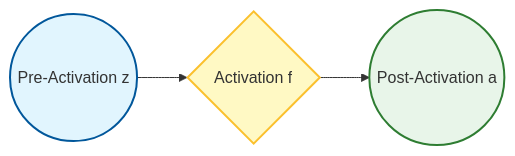
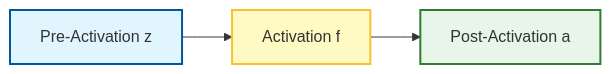
Before and after one commit to holycompile/Neural_Networks_from-_Scratch: the eighth of 8 diagrams in README.md, drawn with Mermaid. The commit also changed other lines of this file, not shown here.

````diff
--- a/README.md
+++ b/README.md
@@ -329,9 +209,8 @@
 ```mermaid
 graph LR
-    Z((Pre-Activation z)) --> Act{Activation f}
-    Act --> A((Post-Activation a))
+    Z["Pre-Activation z"] --> Act["Activation f"] --> A["Post-Activation a"]
 
     style Z fill:#e1f5fe,stroke:#01579b,stroke-width:2px;
     style Act fill:#fff9c4,stroke:#fbc02d,stroke-width:2px;
     style A fill:#e8f5e9,stroke:#2e7d32,stroke-width:2px;
 ```
````
